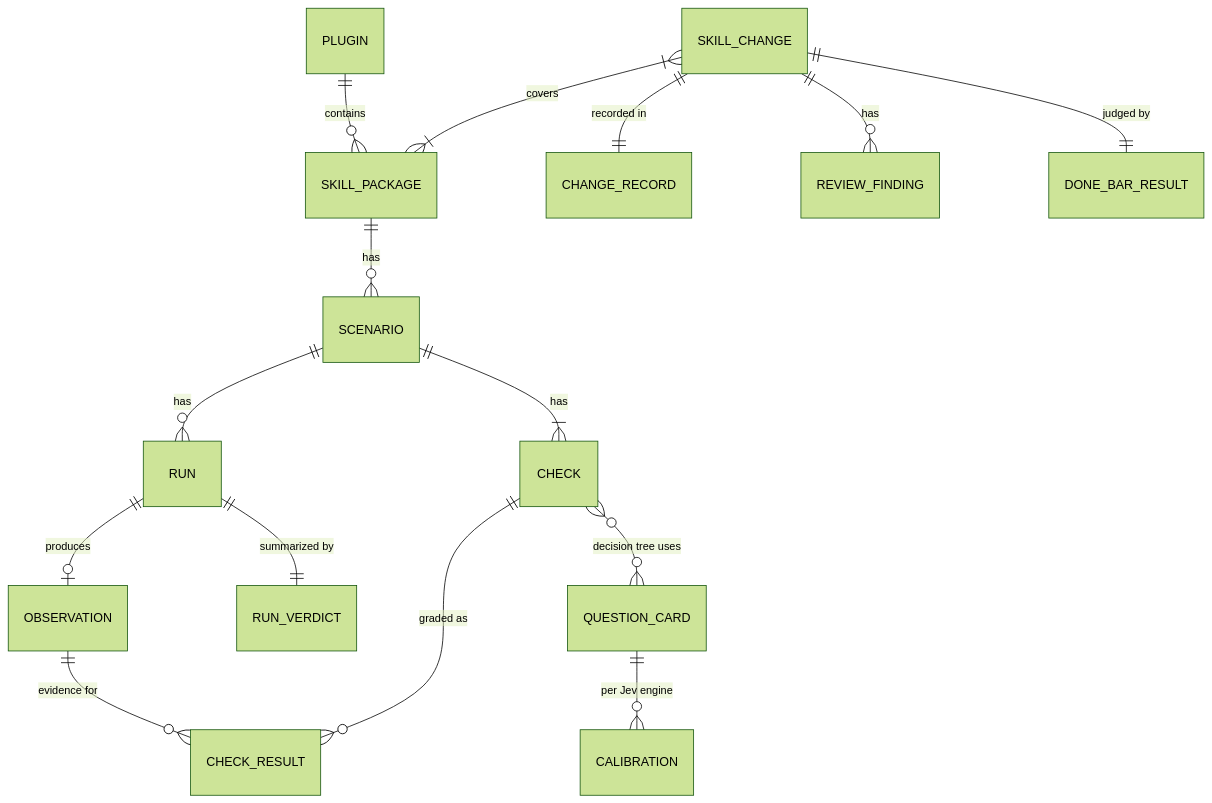
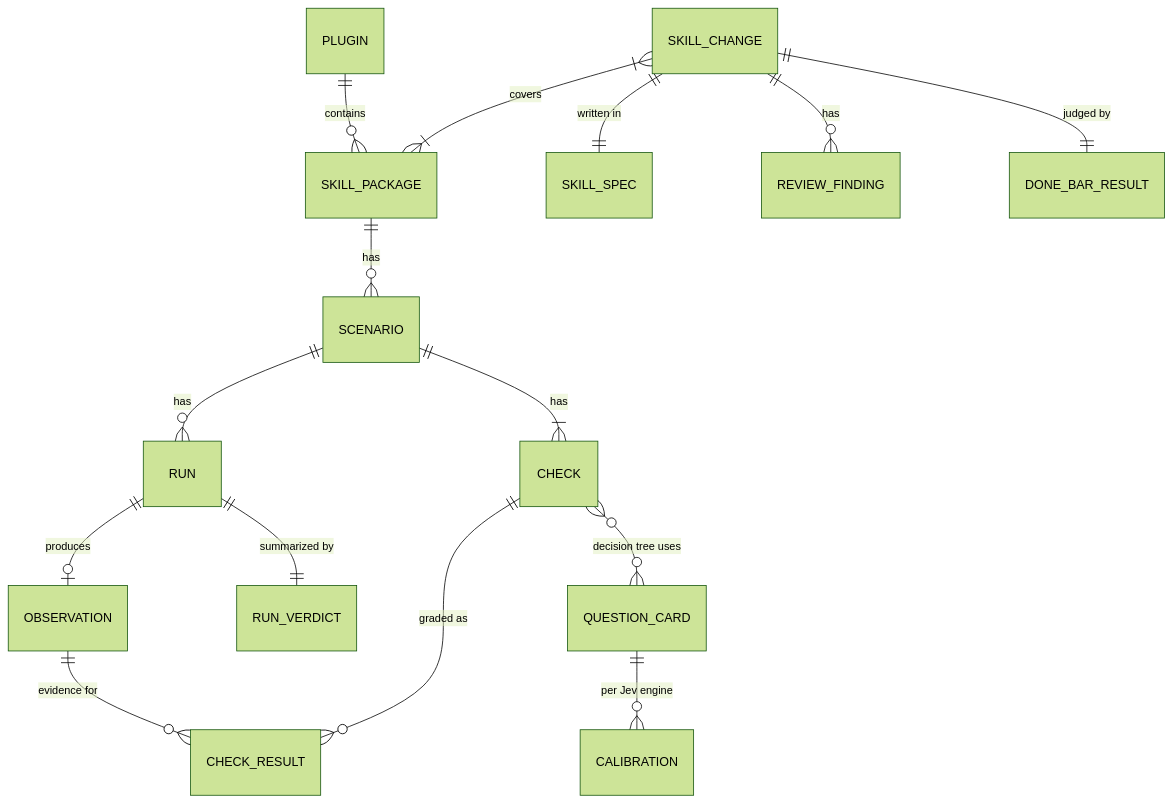
Before and after one commit to ShravanSunder/ai-tools: the second of 2 diagrams in docs/specs/2026-10-02-skill-authoring-plugin/2026-10-02-skill-authoring-plugin.md, drawn with Mermaid (forest theme). The commit also changed other lines of this file and 2 other files, not shown here.

````diff
--- a/docs/specs/2026-10-02-skill-authoring-plugin/2026-10-02-skill-authoring-plugin.md
+++ b/docs/specs/2026-10-02-skill-authoring-plugin/2026-10-02-skill-authoring-plugin.md
@@ -52,17 +52,17 @@
 ```mermaid
 erDiagram
   SKILL_PACKAGE ||--o{ SCENARIO : "has"
   SCENARIO ||--|{ CHECK : "has"
   SCENARIO ||--o{ RUN : "has"
   RUN ||--o| OBSERVATION : "produces"
   CHECK ||--o{ CHECK_RESULT : "graded as"
   OBSERVATION ||--o{ CHECK_RESULT : "evidence for"
   RUN ||--|| RUN_VERDICT : "summarized by"
   CHECK }o--o{ QUESTION_CARD : "decision tree uses"
   QUESTION_CARD ||--o{ CALIBRATION : "per Jev engine"
   SKILL_CHANGE }|--|{ SKILL_PACKAGE : "covers"
-  SKILL_CHANGE ||--|| CHANGE_RECORD : "recorded in"
+  SKILL_CHANGE ||--|| SKILL_SPEC : "written in"
   SKILL_CHANGE ||--o{ REVIEW_FINDING : "has"
   SKILL_CHANGE ||--|| DONE_BAR_RESULT : "judged by"
   PLUGIN ||--o{ SKILL_PACKAGE : "contains"
 ```
````
